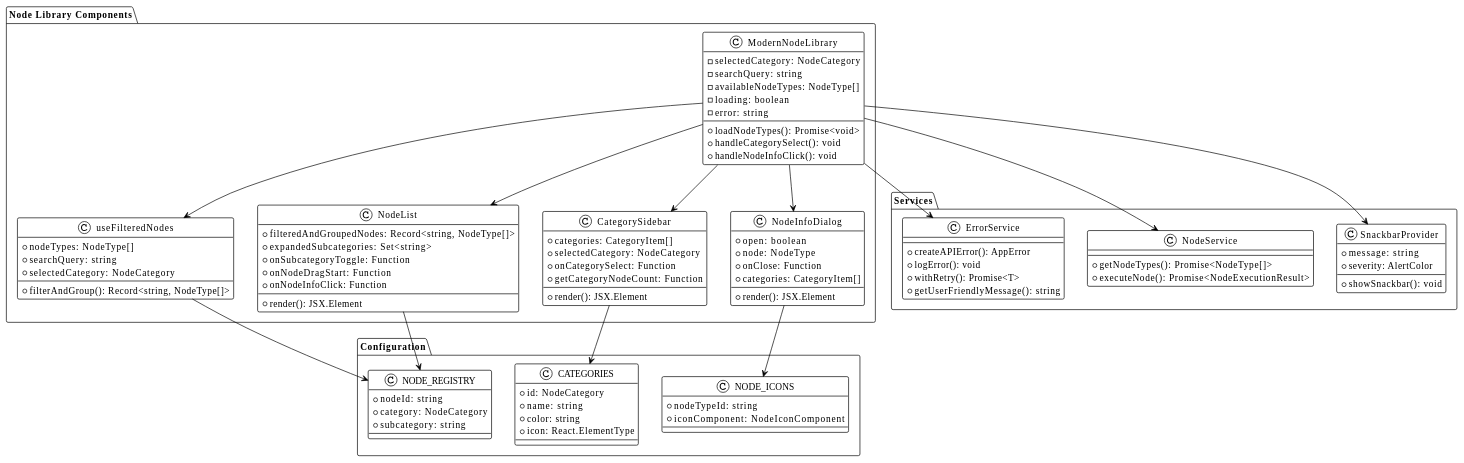
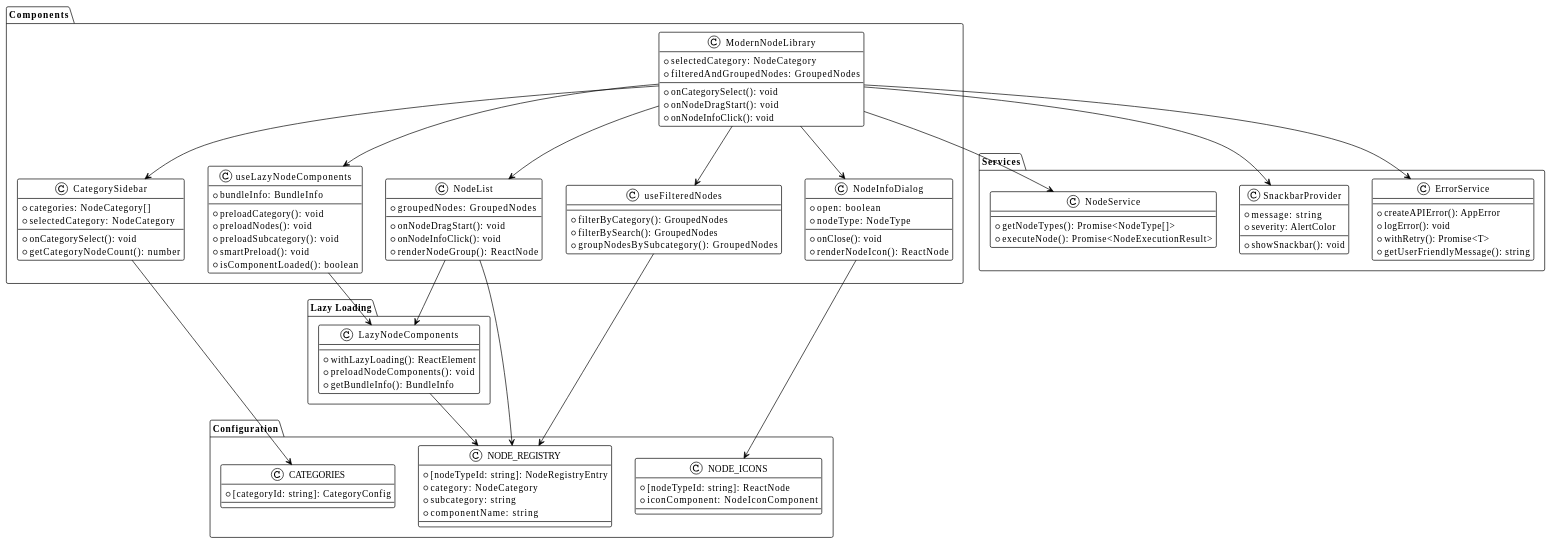
One commit to amirman-m/flowbuilderInstagram changed the first of 4 diagrams in Doc/NodeLibrary-Architecture.md. Above: the diagram before and after it, drawn with PlantUML. The commit also changed other lines of this file and 5465 other files, not shown here.

Commit message:
add lazy loader for node library

```diff
--- a/Doc/NodeLibrary-Architecture.md
+++ b/Doc/NodeLibrary-Architecture.md
@@ -386,67 +385,74 @@
 @startuml NodeLibrary_ClassDiagram
 !theme plain
 
-package "Node Library Components" {
+package "Components" {
   class ModernNodeLibrary {
-    -selectedCategory: NodeCategory
-    -searchQuery: string
-    -availableNodeTypes: NodeType[]
-    -loading: boolean
-    -error: string
-    +loadNodeTypes(): Promise<void>
-    +handleCategorySelect(): void
-    +handleNodeInfoClick(): void
+    +selectedCategory: NodeCategory
+    +filteredAndGroupedNodes: GroupedNodes
+    +onCategorySelect(): void
+    +onNodeDragStart(): void
+    +onNodeInfoClick(): void
   }
-
+  
   class CategorySidebar {
-    +categories: CategoryItem[]
+    +categories: NodeCategory[]
     +selectedCategory: NodeCategory
-    +onCategorySelect: Function
-    +getCategoryNodeCount: Function
-    +render(): JSX.Element
+    +onCategorySelect(): void
+    +getCategoryNodeCount(): number
   }
-
+  
   class NodeList {
-    +filteredAndGroupedNodes: Record<string, NodeType[]>
-    +expandedSubcategories: Set<string>
-    +onSubcategoryToggle: Function
-    +onNodeDragStart: Function
-    +onNodeInfoClick: Function
-    +render(): JSX.Element
+    +groupedNodes: GroupedNodes
+    +onNodeDragStart(): void
+    +onNodeInfoClick(): void
+    +renderNodeGroup(): ReactNode
   }
-
+  
   class NodeInfoDialog {
     +open: boolean
-    +node: NodeType
-    +onClose: Function
-    +categories: CategoryItem[]
-    +render(): JSX.Element
+    +nodeType: NodeType
+    +onClose(): void
+    +renderNodeIcon(): ReactNode
   }
+  
+  class useFilteredNodes {
+    +filterByCategory(): GroupedNodes
+    +filterBySearch(): GroupedNodes
+    +groupNodesBySubcategory(): GroupedNodes
+  }
+  
+  class useLazyNodeComponents {
+    +preloadCategory(): void
+    +preloadNodes(): void
+    +preloadSubcategory(): void
+    +smartPreload(): void
+    +isComponentLoaded(): boolean
+    +bundleInfo: BundleInfo
+  }
+}
 
-  class useFilteredNodes {
-    +nodeTypes: NodeType[]
-    +searchQuery: string
-    +selectedCategory: NodeCategory
-    +filterAndGroup(): Record<string, NodeType[]>
+package "Lazy Loading" {
+  class LazyNodeComponents {
+    +withLazyLoading(): ReactElement
+    +preloadNodeComponents(): void
+    +getBundleInfo(): BundleInfo
   }
 }
 
 package "Configuration" {
   class NODE_REGISTRY {
-    +nodeId: string
+    +[nodeTypeId: string]: NodeRegistryEntry
     +category: NodeCategory
     +subcategory: string
+    +componentName: string
   }
-
+  
   class CATEGORIES {
-    +id: NodeCategory
-    +name: string
-    +color: string
-    +icon: React.ElementType
+    +[categoryId: string]: CategoryConfig
   }
-
+  
   class NODE_ICONS {
-    +nodeTypeId: string
+    +[nodeTypeId: string]: ReactNode
     +iconComponent: NodeIconComponent
   }
 }
@@ -475,13 +481,18 @@
 ModernNodeLibrary --> NodeList
 ModernNodeLibrary --> NodeInfoDialog
 ModernNodeLibrary --> useFilteredNodes
+ModernNodeLibrary --> useLazyNodeComponents
 ModernNodeLibrary --> NodeService
 ModernNodeLibrary --> ErrorService
 ModernNodeLibrary --> SnackbarProvider
 
 NodeList --> NODE_REGISTRY
+NodeList --> LazyNodeComponents
 CategorySidebar --> CATEGORIES
 NodeInfoDialog --> NODE_ICONS
+
+useLazyNodeComponents --> LazyNodeComponents
+LazyNodeComponents --> NODE_REGISTRY
 
 useFilteredNodes --> NODE_REGISTRY
 
```
